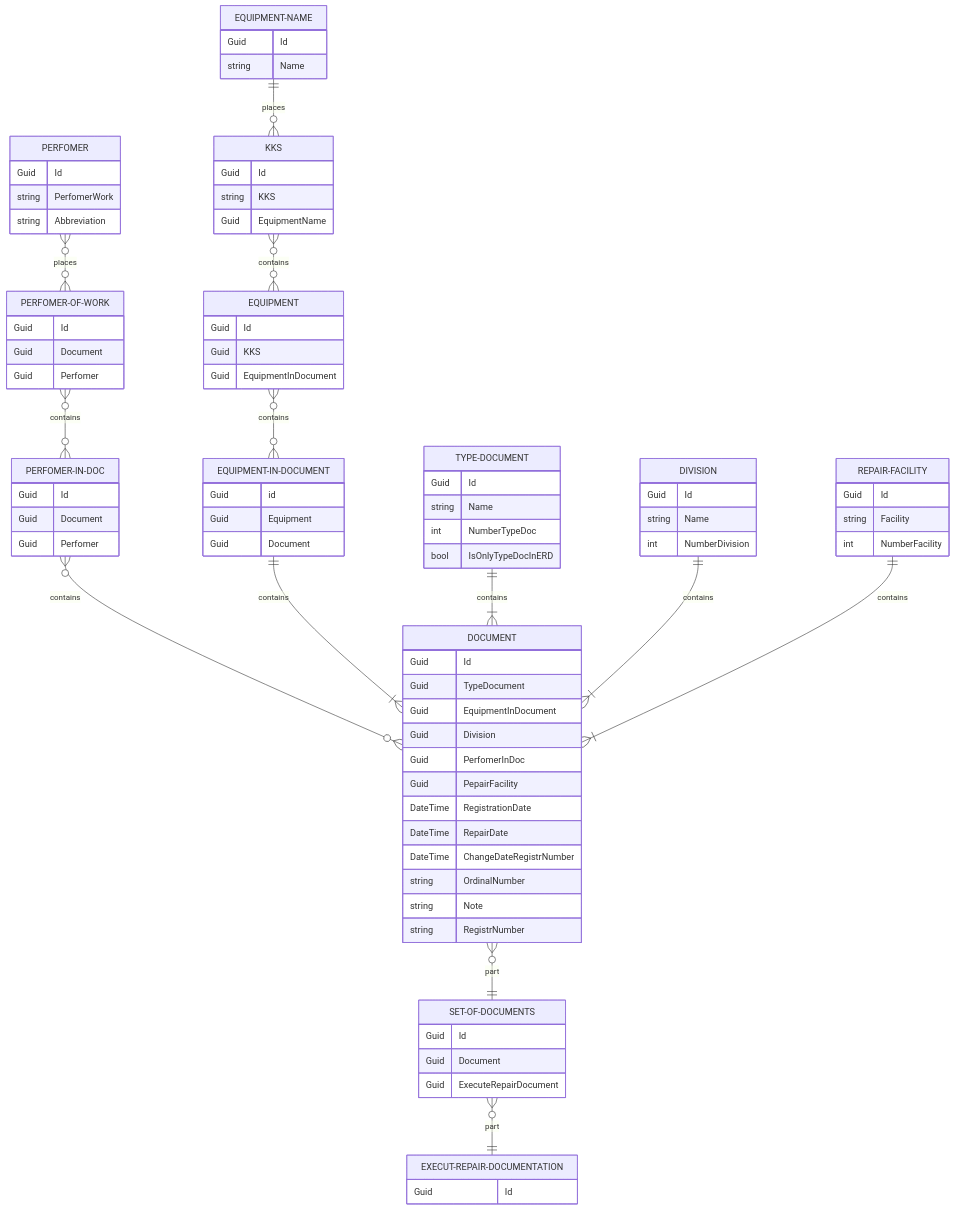
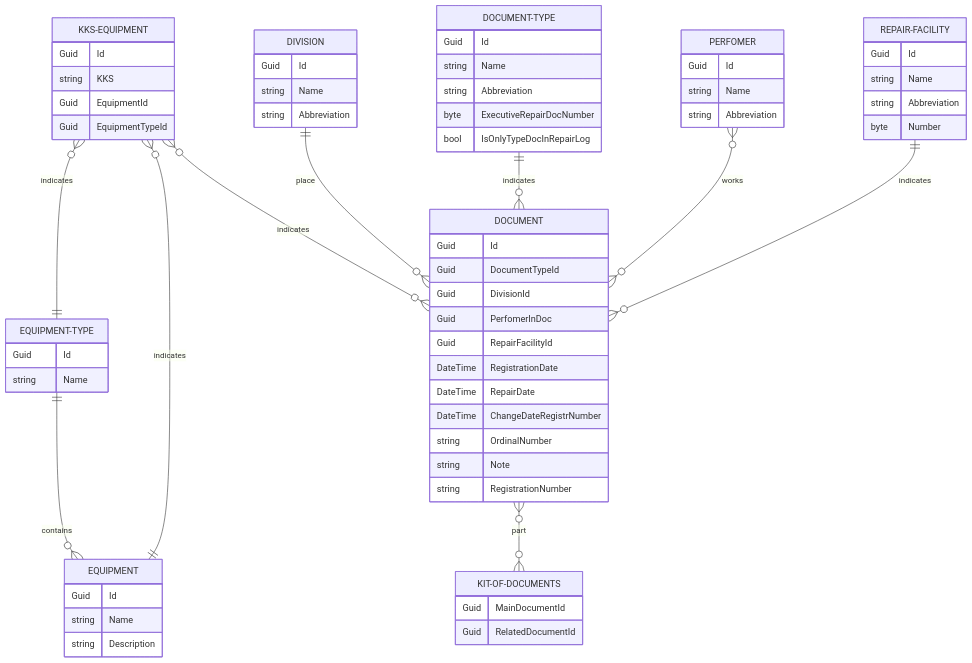
One commit to Stan-Kudri/EquipmentRepairLog changed the second of 2 diagrams in TECHNICAL_SPECIFICATION.md. Above: the diagram before and after it, drawn with Mermaid. The commit also changed other lines of this file and 1 other file, not shown here.

Commit message:
Change ER-diagram (#7)
* EquipmentRepairLog.Core - Rename comment

* Update TECHNICAL_SPECIFICATION.md

````diff
--- a/TECHNICAL_SPECIFICATION.md
+++ b/TECHNICAL_SPECIFICATION.md
@@ -161,24 +161,69 @@
 ```mermaid
-erDiagram 
+erDiagram
+	KIT-OF-DOCUMENTS{
+	    Guid MainDocumentId
+	    Guid RelatedDocumentId}
+	    
+	DOCUMENT{ 
+		Guid Id
+		Guid DocumentTypeId
+		Guid DivisionId
+		Guid PerfomerInDoc
+		Guid RepairFacilityId
+		DateTime RegistrationDate
+		DateTime RepairDate
+		DateTime ChangeDateRegistrNumber
+		string OrdinalNumber
+		string Note
+		string RegistrationNumber}	
+	    
+	DOCUMENT }o--o{ KIT-OF-DOCUMENTS: part   
 
-EXECUT-REPAIR-DOCUMENTATION{ Guid Id}
+	EQUIPMENT{ 
+		Guid Id
+		string Name
+		string Description}
+		
+	EQUIPMENT-TYPE { 
+		Guid Id
+		string Name} 	
+		
+	KKS-EQUIPMENT { 
+		Guid Id
+		string KKS
+		Guid EquipmentId
+		Guid EquipmentTypeId}
 
-SET-OF-DOCUMENTS}o--||EXECUT-REPAIR-DOCUMENTATION: part SET-OF-DOCUMENTS{ Guid Id Guid Document Guid ExecuteRepairDocument}
+	EQUIPMENT-TYPE ||--o{ EQUIPMENT : contains 
 
-DOCUMENT}o--||SET-OF-DOCUMENTS: part DOCUMENT{ Guid Id Guid TypeDocument Guid EquipmentInDocument Guid Division Guid PerfomerInDoc Guid PepairFacility DateTime RegistrationDate DateTime RepairDate DateTime ChangeDateRegistrNumber string OrdinalNumber string Note string RegistrNumber}
+	KKS-EQUIPMENT }o--|| EQUIPMENT : indicates
+	KKS-EQUIPMENT }o--|| EQUIPMENT-TYPE : indicates
+	KKS-EQUIPMENT }o--o{ DOCUMENT : indicates
 
-PERFOMER}o--o{ PERFOMER-OF-WORK: places PERFOMER{ Guid Id string PerfomerWork string Abbreviation} 
-PERFOMER-OF-WORK}o--o{ PERFOMER-IN-DOC: contains PERFOMER-OF-WORK { Guid Id Guid Document Guid Perfomer} 
-PERFOMER-IN-DOC}o--o{ DOCUMENT : contains PERFOMER-IN-DOC { Guid Id Guid Document Guid Perfomer}
+	DIVISION||--o{ DOCUMENT : place
+	DIVISION { 
+		Guid Id
+		string Name
+		string Abbreviation} 
+	
+	DOCUMENT-TYPE ||--o{ DOCUMENT : indicates
+	DOCUMENT-TYPE { 
+		Guid Id
+		string Name
+		string Abbreviation
+		byte ExecutiveRepairDocNumber
+		bool IsOnlyTypeDocInRepairLog} 
 
-EQUIPMENT-NAME||--o{ KKS : places EQUIPMENT-NAME{ Guid Id string Name }
-KKS}o--o{EQUIPMENT : contains KKS{ Guid Id string KKS Guid EquipmentName}
-EQUIPMENT}o--o{ EQUIPMENT-IN-DOCUMENT: contains EQUIPMENT{ Guid Id Guid KKS Guid EquipmentInDocument}
-EQUIPMENT-IN-DOCUMENT||--|{ DOCUMENT: contains EQUIPMENT-IN-DOCUMENT{ Guid id Guid Equipment Guid Document}
-
-TYPE-DOCUMENT||--|{ DOCUMENT : contains TYPE-DOCUMENT { Guid Id string Name int NumberTypeDoc bool IsOnlyTypeDocInERD}
-
-DIVISION||--|{ DOCUMENT : contains DIVISION { Guid Id string Name int NumberDivision }
-
-REPAIR-FACILITY||--|{ DOCUMENT : contains REPAIR-FACILITY { Guid Id string Facility int NumberFacility }
+	PERFOMER }o--o{ DOCUMENT : works
+	PERFOMER { 
+		Guid Id
+		string Name
+		string Abbreviation} 
+    		
+	REPAIR-FACILITY ||--o{ DOCUMENT : indicates
+	REPAIR-FACILITY{ 
+		Guid Id
+		string Name
+		string Abbreviation
+		byte Number} 
 ```
````
